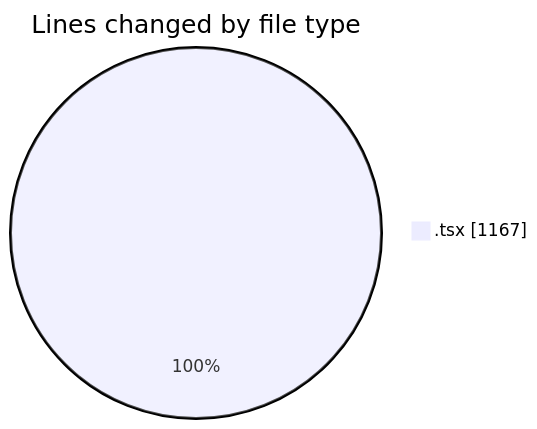
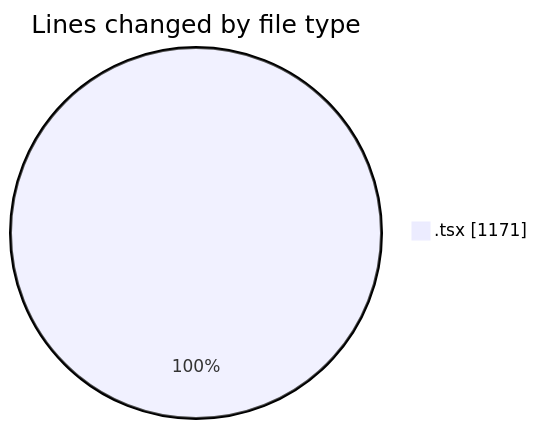
One commit to momahboobian/code-tracking changed the first of 2 diagrams in 2025-04-04/cda/README.md. Above: the diagram before and after it, drawn with Mermaid. The commit also changed other lines of this file and 1 other file, not shown here.

````diff
--- a/2025-04-04/cda/README.md
+++ b/2025-04-04/cda/README.md
@@ -24,5 +24,5 @@
 ```mermaid
 pie showData
 title Lines changed by file type
-".tsx" : 1167
+".tsx" : 1171
 ```
````
